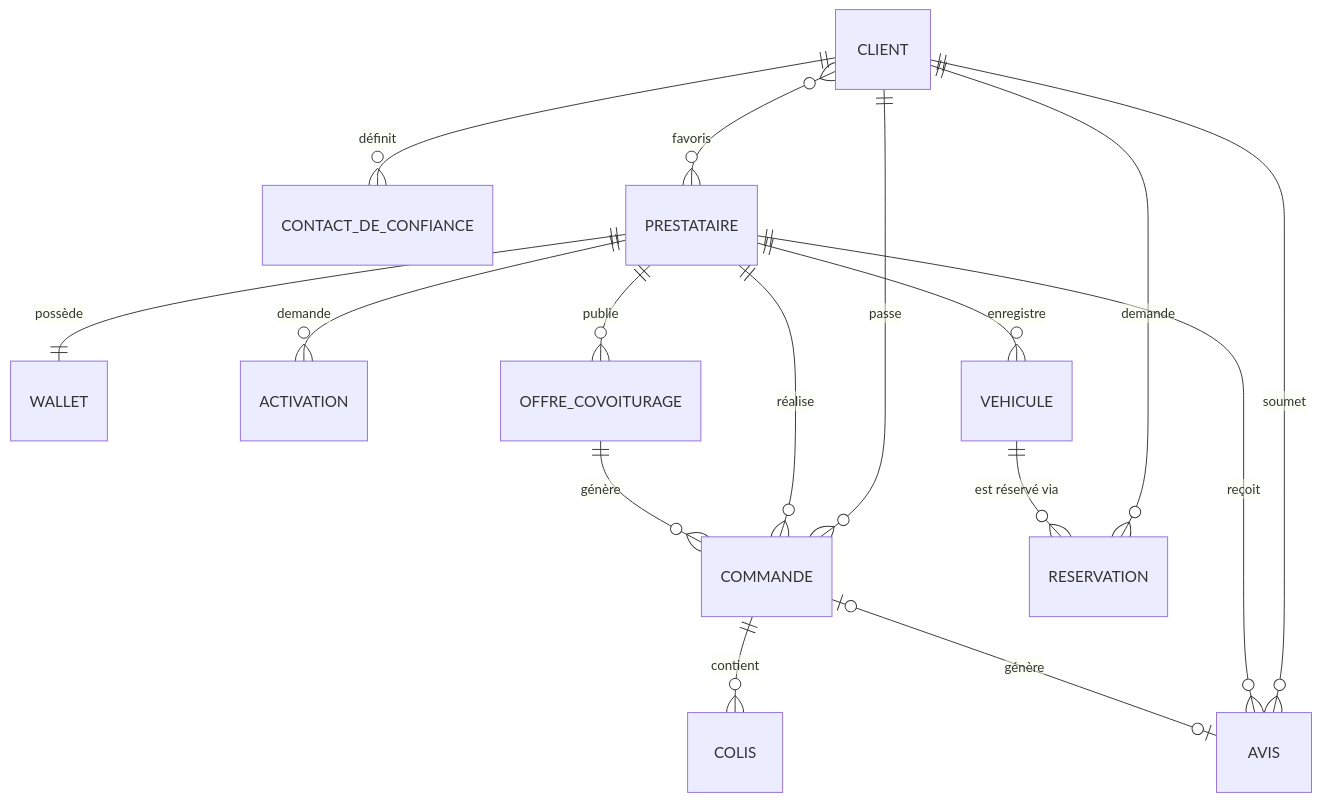
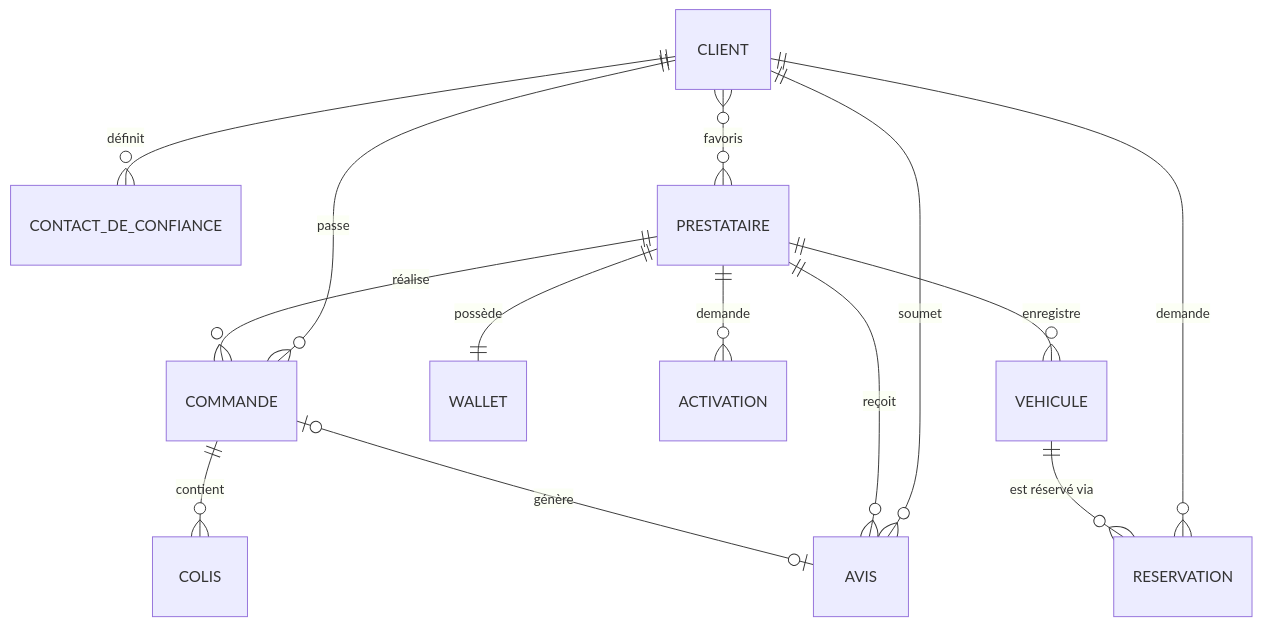
One commit to Abi-shai/Fiw changed the first of 7 diagrams in docs/conceptual-model.md. Above: the diagram before and after it, drawn with Mermaid. The commit also changed other lines of this file and 5 other files, not shown here.

````diff
--- a/docs/conceptual-model.md
+++ b/docs/conceptual-model.md
@@ -168,21 +157,18 @@
 ```mermaid
 erDiagram
     CLIENT ||--o{ COMMANDE : "passe"
     CLIENT ||--o{ CONTACT_DE_CONFIANCE : "définit"
     CLIENT ||--o{ AVIS : "soumet"
     CLIENT }o--o{ PRESTATAIRE : "favoris"
 
     PRESTATAIRE ||--|| WALLET : "possède"
     PRESTATAIRE ||--o{ ACTIVATION : "demande"
     PRESTATAIRE ||--o{ COMMANDE : "réalise"
     PRESTATAIRE ||--o{ AVIS : "reçoit"
     PRESTATAIRE ||--o{ VEHICULE : "enregistre"
-    PRESTATAIRE ||--o{ OFFRE_COVOITURAGE : "publie"
-
     COMMANDE ||--o{ COLIS : "contient"
     COMMANDE |o--o| AVIS : "génère"
-    OFFRE_COVOITURAGE ||--o{ COMMANDE : "génère"
 
     CLIENT ||--o{ RESERVATION : "demande"
     VEHICULE ||--o{ RESERVATION : "est réservé via"
 ```
````
